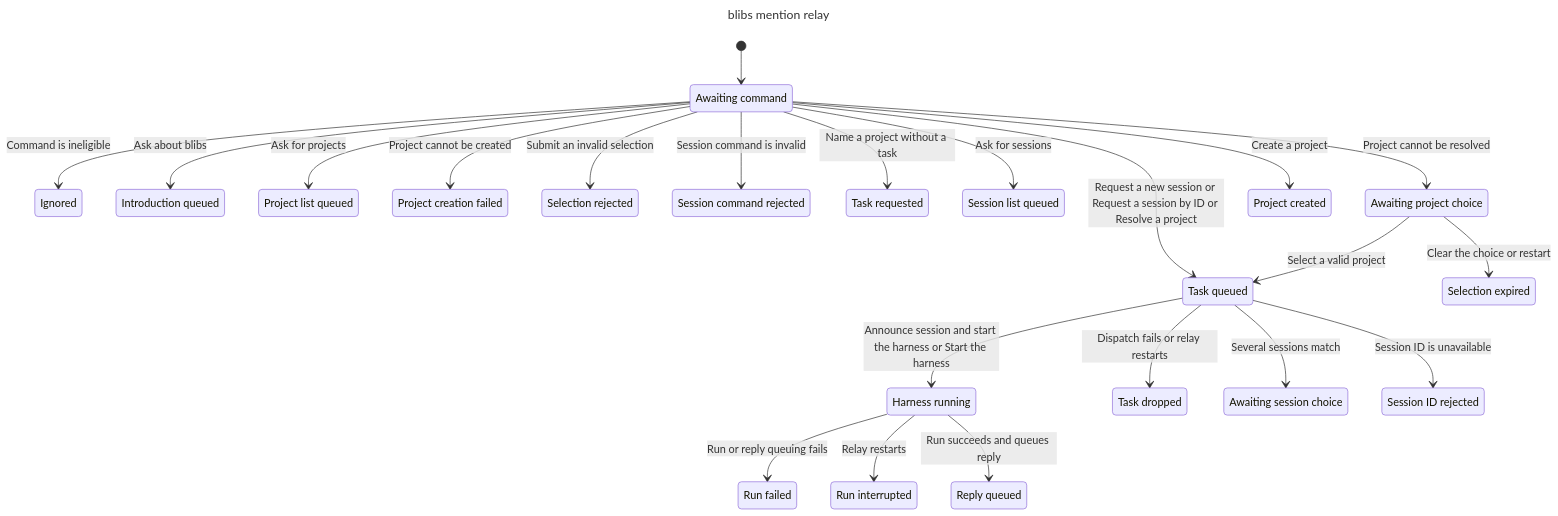
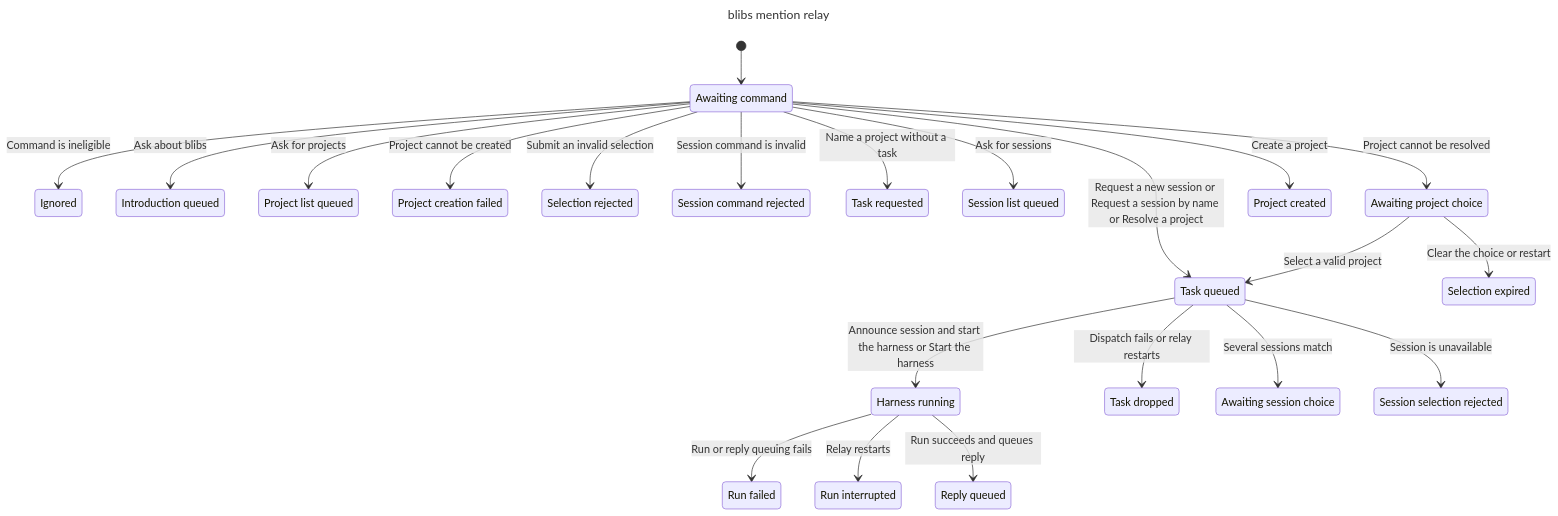
One commit to gurjas-s/blibs changed the diagram in tests/specs/MentionRelay.chart.md. Above: the diagram before and after it, drawn with Mermaid. The commit also changed 13 other files, not shown here.

````diff
--- a/tests/specs/MentionRelay.chart.md
+++ b/tests/specs/MentionRelay.chart.md
@@ -8,47 +8,47 @@
 ```mermaid
 ---
 title: "blibs mention relay"
 ---
 stateDiagram-v2
   s0: Awaiting command
   s1: Ignored
   s2: Introduction queued
   s3: Project list queued
   s4: Project creation failed
   s5: Selection rejected
   s6: Session command rejected
   s7: Task requested
   s8: Task queued
   s9: Session list queued
   s10: Awaiting project choice
   s11: Harness running
   s12: Project created
   s13: Task dropped
   s14: Selection expired
   s15: Awaiting session choice
-  s16: Session ID rejected
+  s16: Session selection rejected
   s17: Run failed
   s18: Run interrupted
   s19: Reply queued
   [*] --> s0
   s0 --> s1: Command is ineligible
   s0 --> s2: Ask about blibs
   s0 --> s3: Ask for projects
   s0 --> s4: Project cannot be created
   s0 --> s5: Submit an invalid selection
   s0 --> s6: Session command is invalid
   s0 --> s7: Name a project without a task
-  s0 --> s8: Request a new session or Request a session by ID or Resolve a project
+  s0 --> s8: Request a new session or Request a session by name or Resolve a project
   s0 --> s9: Ask for sessions
   s0 --> s10: Project cannot be resolved
   s8 --> s11: Announce session and start the harness or Start the harness
   s8 --> s13: Dispatch fails or relay restarts
-  s8 --> s16: Session ID is unavailable
+  s8 --> s16: Session is unavailable
   s8 --> s15: Several sessions match
   s10 --> s14: Clear the choice or restart
   s10 --> s8: Select a valid project
   s0 --> s12: Create a project
   s11 --> s17: Run or reply queuing fails
   s11 --> s18: Relay restarts
   s11 --> s19: Run succeeds and queues reply
 ```
````
